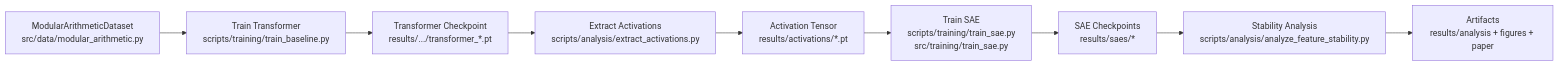
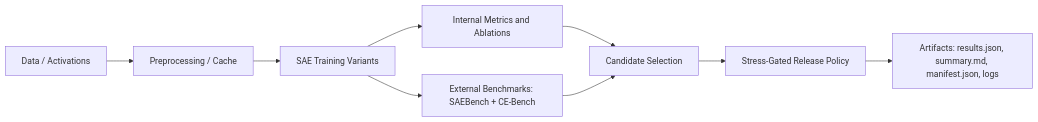
Before and after one commit to brightlikethelight/HUSAI: the diagram in ARCHITECTURE.md, drawn with Mermaid. The commit also changed other lines of this file and 30 other files, not shown here.

````diff
--- a/ARCHITECTURE.md
+++ b/ARCHITECTURE.md
@@ -33,14 +20,11 @@
 ```mermaid
 flowchart LR
-  A[ModularArithmeticDataset\nsrc/data/modular_arithmetic.py]
-  B[Train Transformer\nscripts/training/train_baseline.py]
-  C[Transformer Checkpoint\nresults/.../transformer_*.pt]
-  D[Extract Activations\nscripts/analysis/extract_activations.py]
-  E[Activation Tensor\nresults/activations/*.pt]
-  F[Train SAE\nscripts/training/train_sae.py\nsrc/training/train_sae.py]
-  G[SAE Checkpoints\nresults/saes/*]
-  H[Stability Analysis\nscripts/analysis/analyze_feature_stability.py]
-  I[Artifacts\nresults/analysis + figures + paper]
-
-  A --> B --> C --> D --> E --> F --> G --> H --> I
+  A[Data / Activations] --> B[Preprocessing / Cache]
+  B --> C[SAE Training Variants]
+  C --> D[Internal Metrics and Ablations]
+  C --> E[External Benchmarks: SAEBench + CE-Bench]
+  D --> F[Candidate Selection]
+  E --> F
+  F --> G[Stress-Gated Release Policy]
+  G --> H[Artifacts: results.json, summary.md, manifest.json, logs]
 ```
````
